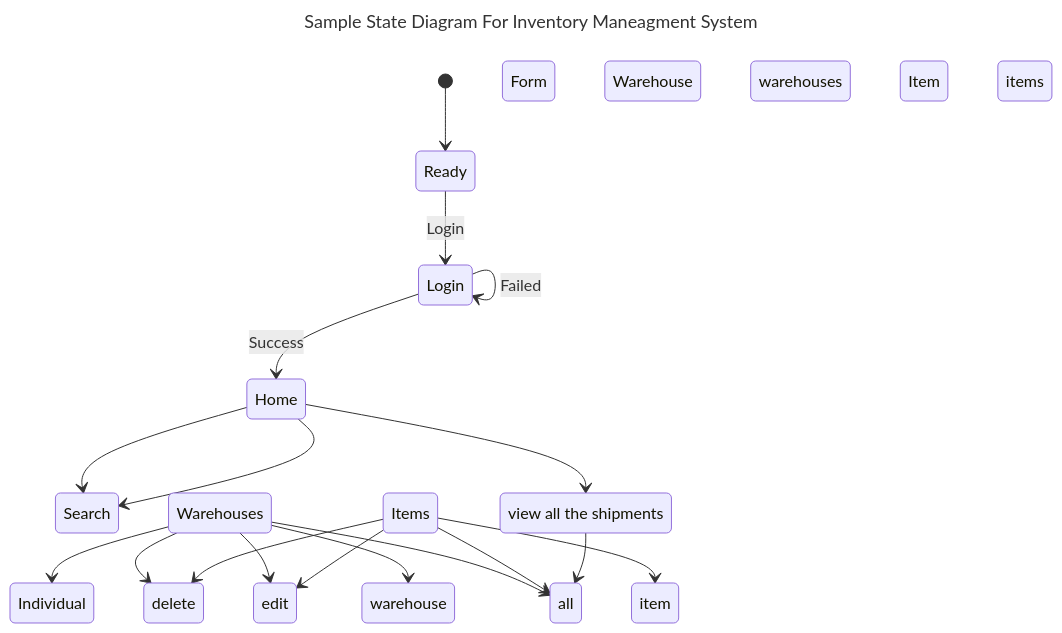
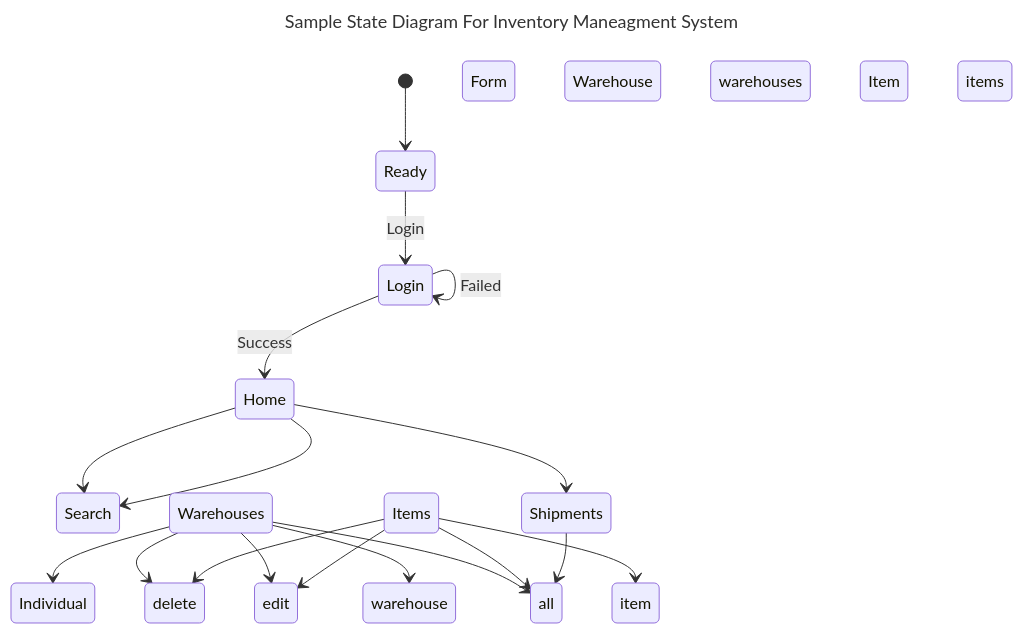
One commit to vincent-li-1/StockSync changed the fifth of 6 diagrams in requirements_specifications.md. Above: the diagram before and after it, drawn with Mermaid.

````diff
--- a/requirements_specifications.md
+++ b/requirements_specifications.md
@@ -286,25 +286,25 @@
 ```mermaid
 ---
 title: Sample State Diagram For Inventory Maneagment System
 ---
 stateDiagram
     [*] --> Ready
     Ready --> Login : Login
     Login --> Home : Success
     Login --> Login : Failed
     Home --> Search Warehouses 
-    Warehouses --> warehouse Form
-    Warehouses --> all Warehouses
+    Search Warehouses --> warehouse Form
+    Search Warehouses --> all Warehouses
     all Warehouses --> edit Warehouse
     all Warehouses --> delete warehouses
     all Warehouses --> Individual Warehouse
     Home --> Search Items
-    Items--> item Form
-    Items--> all Items
+    Search Items--> item Form
+    Search Items--> all Items
     all Items --> edit Item
     all Items -->delete items
     Home --> Shipments
-    Shipments --> all Shipments: view all the shipments
+    Shipments --> all Shipments
 
     
 ```
````
